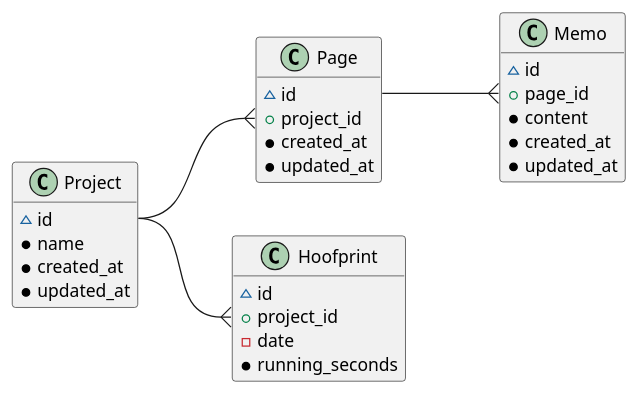
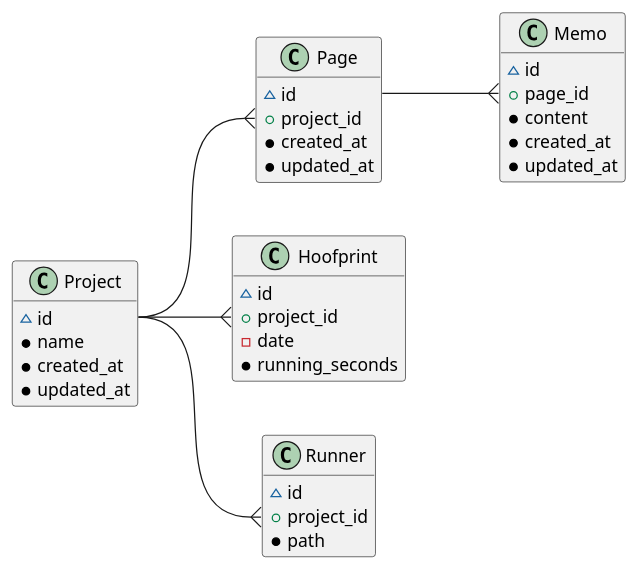
Before and after one commit to tkmfujise/trot_editor: the diagram in doc/er-diagram.adoc, drawn with PlantUML. The commit also changed 9 other files, not shown here.

```diff
--- a/doc/er-diagram.adoc
+++ b/doc/er-diagram.adoc
@@ -4,35 +4,41 @@
 [plantuml, er-diagram]
 ....
 class Project {
   ~ id
   * name 
   * created_at
   * updated_at
 }
 class Page {
   ~ id
   + project_id
   * created_at
   * updated_at
 }
 class Memo {
   ~ id
   + page_id
   * content
   * created_at
   * updated_at
 }
 class Hoofprint {
   ~ id
   + project_id
   - date
   * running_seconds
 }
+class Runner {
+  ~ id
+  + project_id
+  * path
+}
 
 hide methods
 left to right direction
 
 Project::id --{ Page::project_id
 Page::id    --{ Memo::page_id
 Project::id --{ Hoofprint::project_id
+Project::id --{ Runner::project_id
 ....
```
